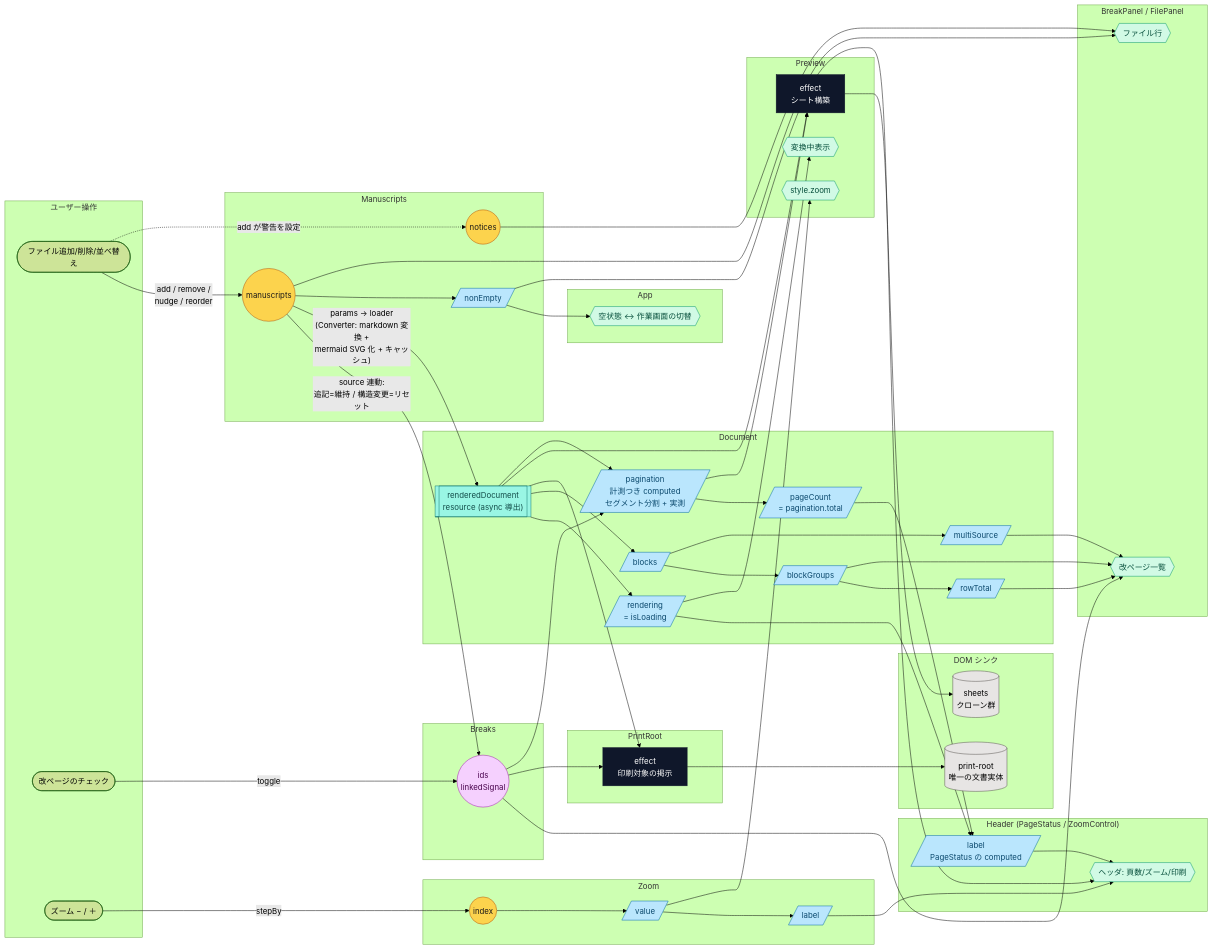
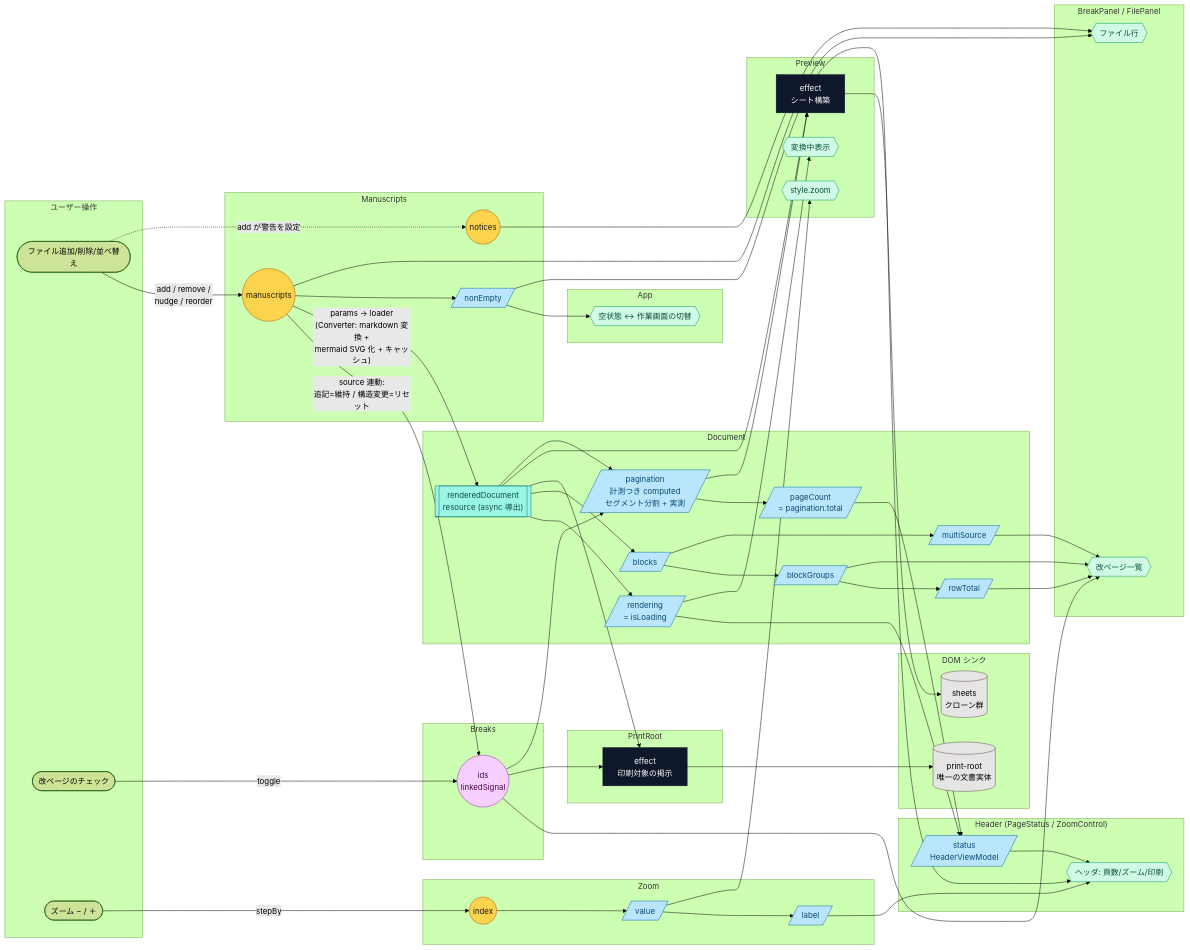
Before and after one commit to lacolaco/printmd: the diagram in docs/signal-graph.md, drawn with Mermaid (forest theme). The commit also changed other lines of this file and 32 other files, not shown here.

```diff
--- a/docs/signal-graph.md
+++ b/docs/signal-graph.md
@@ -45,7 +45,7 @@
   end
 
   subgraph HeaderC["Header (PageStatus / ZoomControl)"]
-    HC1[/label<br/>PageStatus の computed/]
+    HC1[/status<br/>HeaderViewModel/]
     T1{{ヘッダ: 頁数/ズーム/印刷}}
   end
 
```
